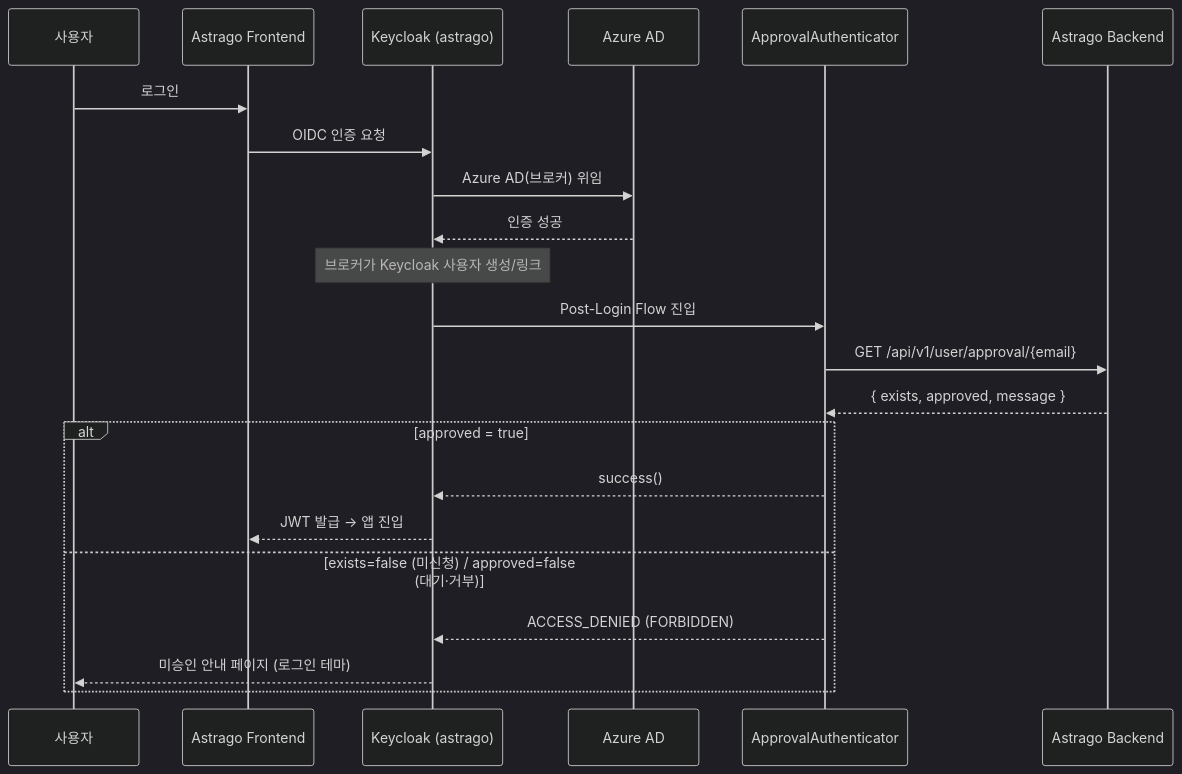
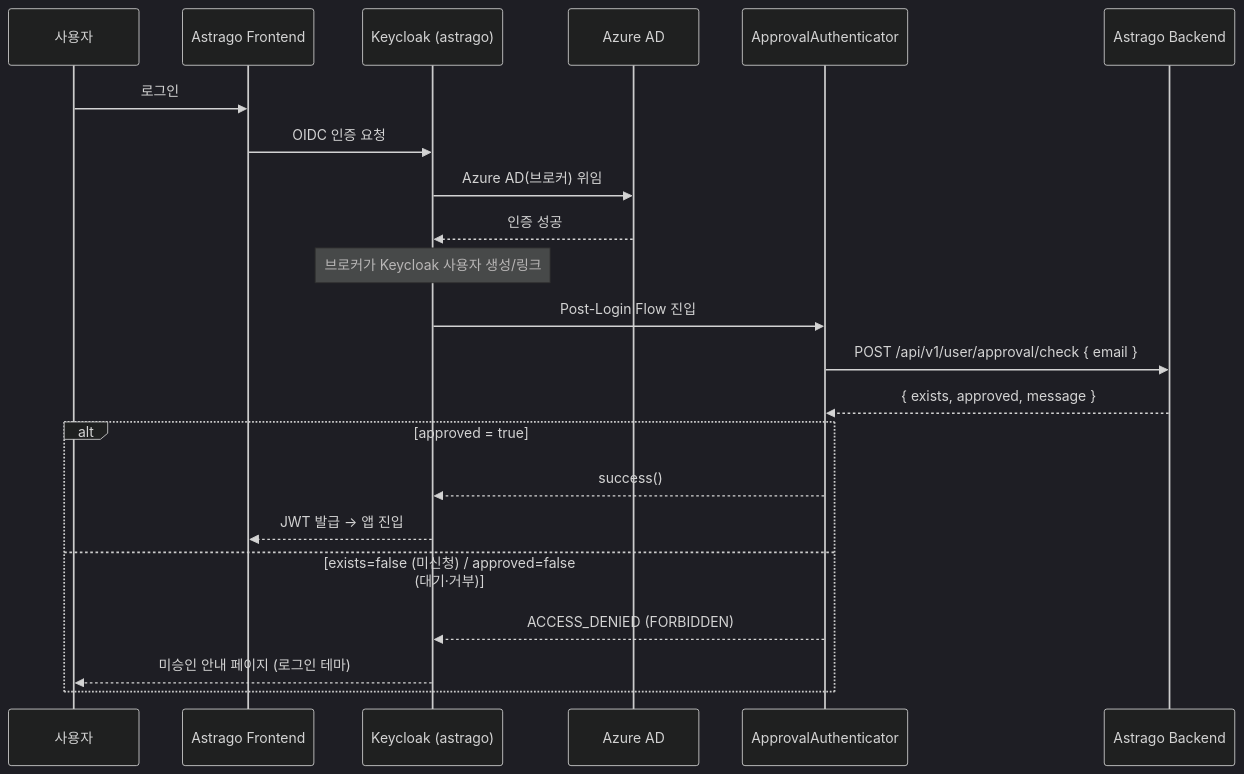
Before and after one commit to xiilab/astrago-spi-doosan-enb: the diagram in README.md, drawn with Mermaid (dark theme). The commit also changed other lines of this file and 2 other files, not shown here.

First line of the commit message:
refactor: 승인 상태 조회 호출을 POST /check + 본문으로 전환

````diff
--- a/README.md
+++ b/README.md
@@ -25,25 +25,25 @@
 ```mermaid
 sequenceDiagram
     participant U as 사용자
     participant FE as Astrago Frontend
     participant KC as Keycloak (astrago)
     participant AD as Azure AD
     participant SPI as ApprovalAuthenticator
     participant BE as Astrago Backend
 
     U->>FE: 로그인
     FE->>KC: OIDC 인증 요청
     KC->>AD: Azure AD(브로커) 위임
     AD-->>KC: 인증 성공
     Note over KC: 브로커가 Keycloak 사용자 생성/링크
     KC->>SPI: Post-Login Flow 진입
-    SPI->>BE: GET /api/v1/user/approval/{email}
+    SPI->>BE: POST /api/v1/user/approval/check { email }
     BE-->>SPI: { exists, approved, message }
     alt approved = true
         SPI-->>KC: success()
         KC-->>FE: JWT 발급 → 앱 진입
     else exists=false (미신청) / approved=false (대기·거부)
         SPI-->>KC: ACCESS_DENIED (FORBIDDEN)
         KC-->>U: 미승인 안내 페이지 (로그인 테마)
     end
 ```
````
